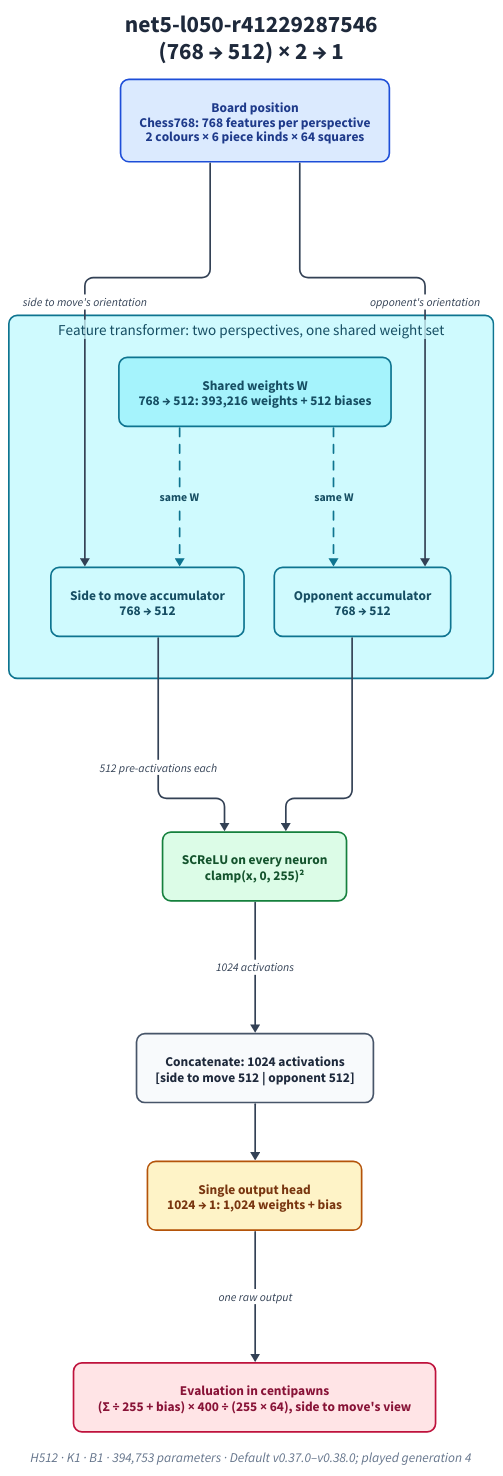
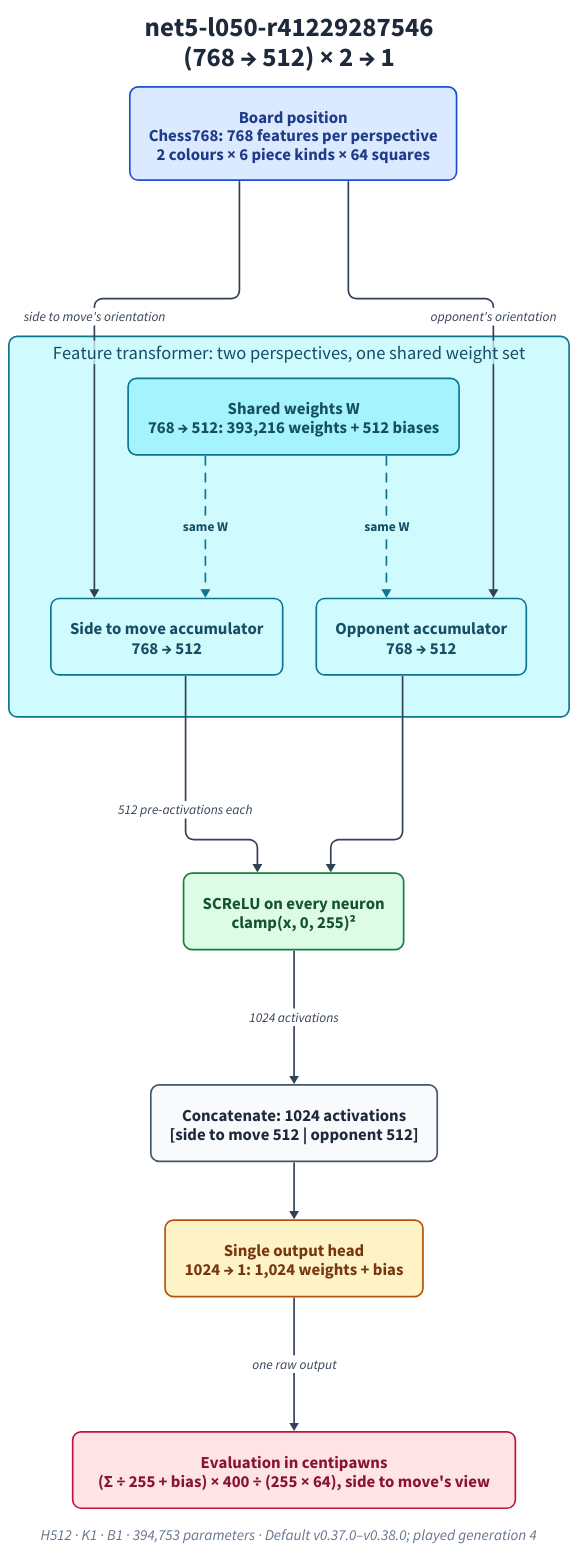
One commit to Braveheart-Chess/braveheart-trainer changed the diagram in docs/nnue-architectures/diagrams/net5-l050-r41229287546.d2. Above: the diagram before and after it, drawn with D2. The commit also changed 41 other files, not shown here.

Commit message:
docs(nnue): render the architecture SVGs with their natural size so GitHub shows them full size (#244)

```diff
--- a/docs/nnue-architectures/diagrams/net5-l050-r41229287546.d2
+++ b/docs/nnue-architectures/diagrams/net5-l050-r41229287546.d2
@@ -1,138 +1,147 @@
 # net5-l050-r41229287546: (768 → 512) × 2 → 1
 # Generated by tools/nnue-diagrams from docs/nnue-architectures/manifests/net5-l050-r41229287546.json. Do not edit by hand.
 direction: down
 vars: {
   d2-config: {
     layout-engine: elk
     theme-id: 0
     pad: 24
   }
 }
 classes: {
   input: {
     style: {
       fill: "#DBEAFE"
       stroke: "#1D4ED8"
       font-color: "#1E3A8A"
       stroke-width: 2
       border-radius: 10
+      font-size: 20
     }
   }
   view: {
     style: {
       fill: "#EDE9FE"
       stroke: "#6D28D9"
       font-color: "#4C1D95"
       stroke-width: 2
       border-radius: 10
+      font-size: 20
     }
   }
   transformer: {
     style: {
       fill: "#CFFAFE"
       stroke: "#0E7490"
       font-color: "#164E63"
       stroke-width: 2
       border-radius: 10
+      font-size: 20
     }
   }
   weights: {
     style: {
       fill: "#A5F3FC"
       stroke: "#0E7490"
       font-color: "#164E63"
       stroke-width: 2
       border-radius: 10
+      font-size: 20
       bold: true
     }
   }
   activation: {
     style: {
       fill: "#DCFCE7"
       stroke: "#15803D"
       font-color: "#14532D"
       stroke-width: 2
       border-radius: 10
+      font-size: 20
     }
   }
   head: {
     style: {
       fill: "#FEF3C7"
       stroke: "#B45309"
       font-color: "#78350F"
       stroke-width: 2
       border-radius: 10
+      font-size: 20
     }
   }
   eval: {
     style: {
       fill: "#FFE4E6"
       stroke: "#BE123C"
       font-color: "#881337"
       stroke-width: 2
       border-radius: 10
+      font-size: 20
       bold: true
     }
   }
   neutral: {
     style: {
       fill: "#F8FAFC"
       stroke: "#475569"
       font-color: "#1E293B"
       stroke-width: 2
       border-radius: 10
+      font-size: 20
     }
   }
   muted: {
     style: {
       fill: "#F1F5F9"
       stroke: "#94A3B8"
       font-color: "#64748B"
       stroke-width: 2
       border-radius: 10
+      font-size: 20
       stroke-dash: 4
     }
   }
-  flow: { style: { stroke: "#334155"; stroke-width: 2; font-color: "#334155"; font-size: 14 } }
-  faint: { style: { stroke: "#94A3B8"; stroke-width: 2; stroke-dash: 4; font-color: "#94A3B8"; font-size: 14 } }
-  shared: { style: { stroke: "#0E7490"; stroke-width: 2; stroke-dash: 5; font-color: "#164E63"; font-size: 14; bold: true } }
+  flow: { style: { stroke: "#334155"; stroke-width: 2; font-color: "#334155"; font-size: 16 } }
+  faint: { style: { stroke: "#94A3B8"; stroke-width: 2; stroke-dash: 4; font-color: "#94A3B8"; font-size: 16 } }
+  shared: { style: { stroke: "#0E7490"; stroke-width: 2; stroke-dash: 5; font-color: "#164E63"; font-size: 16; bold: true } }
 }
 
 title: "net5-l050-r41229287546\n(768 → 512) × 2 → 1" {
   shape: text
   near: top-center
-  style: { font-size: 28; bold: true; font-color: "#1E293B" }
+  style: { font-size: 32; bold: true; font-color: "#1E293B" }
 }
 caption: "H512 · K1 · B1  ·  394,753 parameters  ·  Default v0.37.0–v0.38.0; played generation 4" {
   shape: text
   near: bottom-center
-  style: { font-size: 16; font-color: "#64748B"; italic: true }
+  style: { font-size: 18; font-color: "#64748B"; italic: true }
 }
 
 board: "Board position\nChess768: 768 features per perspective\n2 colours × 6 piece kinds × 64 squares" { class: input }
 
 
 ft: "Feature transformer: two perspectives, one shared weight set" {
   class: transformer
-  style.font-size: 18
+  style.font-size: 22
   w: "Shared weights W\n768 → 512: 393,216 weights + 512 biases" { class: weights }
   us: "Side to move accumulator\n768 → 512" { class: transformer }
   them: "Opponent accumulator\n768 → 512" { class: transformer }
   w -> us: "same W" { class: shared }
   w -> them: "same W" { class: shared }
 }
 
 screlu: "SCReLU on every neuron\nclamp(x, 0, 255)²" { class: activation }
 concat: "Concatenate: 1024 activations\n[side to move 512 | opponent 512]" { class: neutral }
 
 head: "Single output head\n1024 → 1: 1,024 weights + bias" { class: head }
 
 eval: "Evaluation in centipawns\n(Σ ÷ 255 + bias) × 400 ÷ (255 × 64), side to move's view" { class: eval }
 
 board -> ft.us: "side to move's orientation" { class: flow }
 board -> ft.them: "opponent's orientation" { class: flow }
 ft.us -> screlu: "512 pre-activations each" { class: flow }
 ft.them -> screlu: { class: flow }
 screlu -> concat: "1024 activations" { class: flow }
 concat -> head: { class: flow }
 head -> eval: "one raw output" { class: flow }
```
